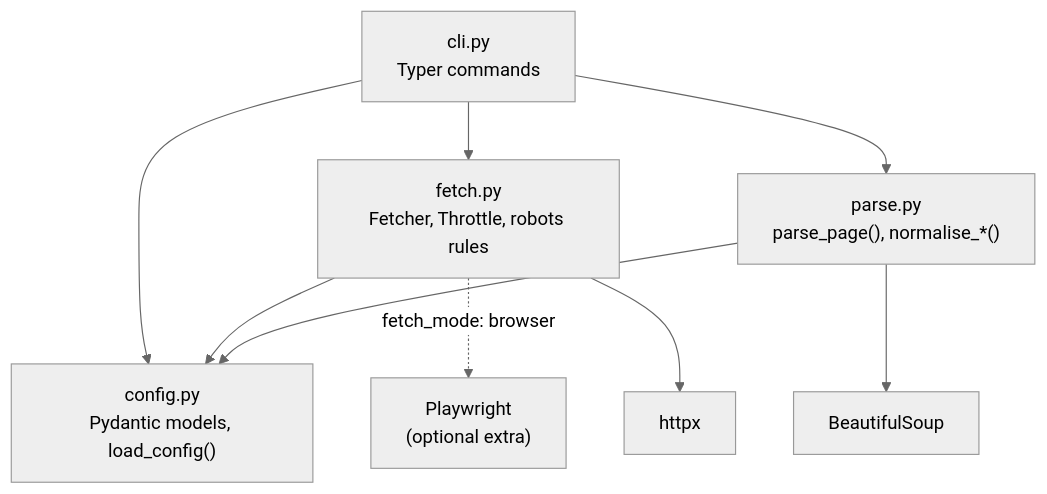
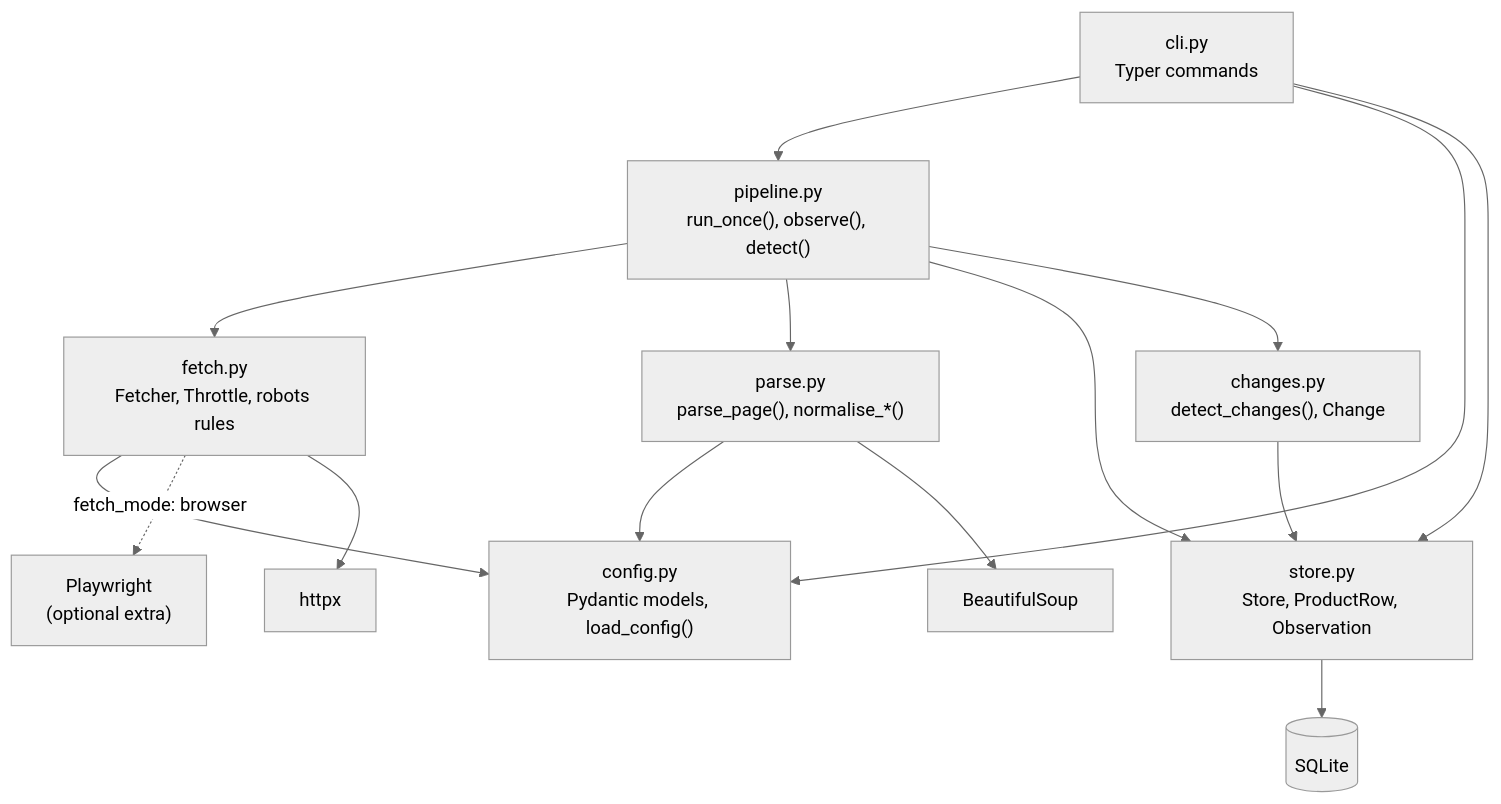
One commit to yahani/kestrel changed the second of 9 diagrams in ARCHITECTURE.md. Above: the diagram before and after it, drawn with Mermaid (neutral theme). The commit also changed other lines of this file and 2 other files, not shown here.

Commit message:
Update ARCHITECTURE.md, README and PROGRESS.md for end of session 3

````diff
--- a/ARCHITECTURE.md
+++ b/ARCHITECTURE.md
@@ -36,11 +37,17 @@
 ```mermaid
 flowchart TD
-    cli["cli.py<br/>Typer commands"] --> config["config.py<br/>Pydantic models, load_config()"]
-    cli --> fetch["fetch.py<br/>Fetcher, Throttle, robots rules"]
-    cli --> parse["parse.py<br/>parse_page(), normalise_*()"]
+    cli["cli.py<br/>Typer commands"] --> pipeline["pipeline.py<br/>run_once(), observe(), detect()"]
+    cli --> config["config.py<br/>Pydantic models, load_config()"]
+    cli --> store
+    pipeline --> fetch["fetch.py<br/>Fetcher, Throttle, robots rules"]
+    pipeline --> parse["parse.py<br/>parse_page(), normalise_*()"]
+    pipeline --> store["store.py<br/>Store, ProductRow, Observation"]
+    pipeline --> changes["changes.py<br/>detect_changes(), Change"]
+    changes --> store
     fetch --> config
     parse --> config
+    store --> sqlite[("SQLite")]
     fetch -. "fetch_mode: browser" .-> pw["Playwright<br/>(optional extra)"]
     fetch --> httpx["httpx"]
     parse --> bs4["BeautifulSoup"]
 ```
````
